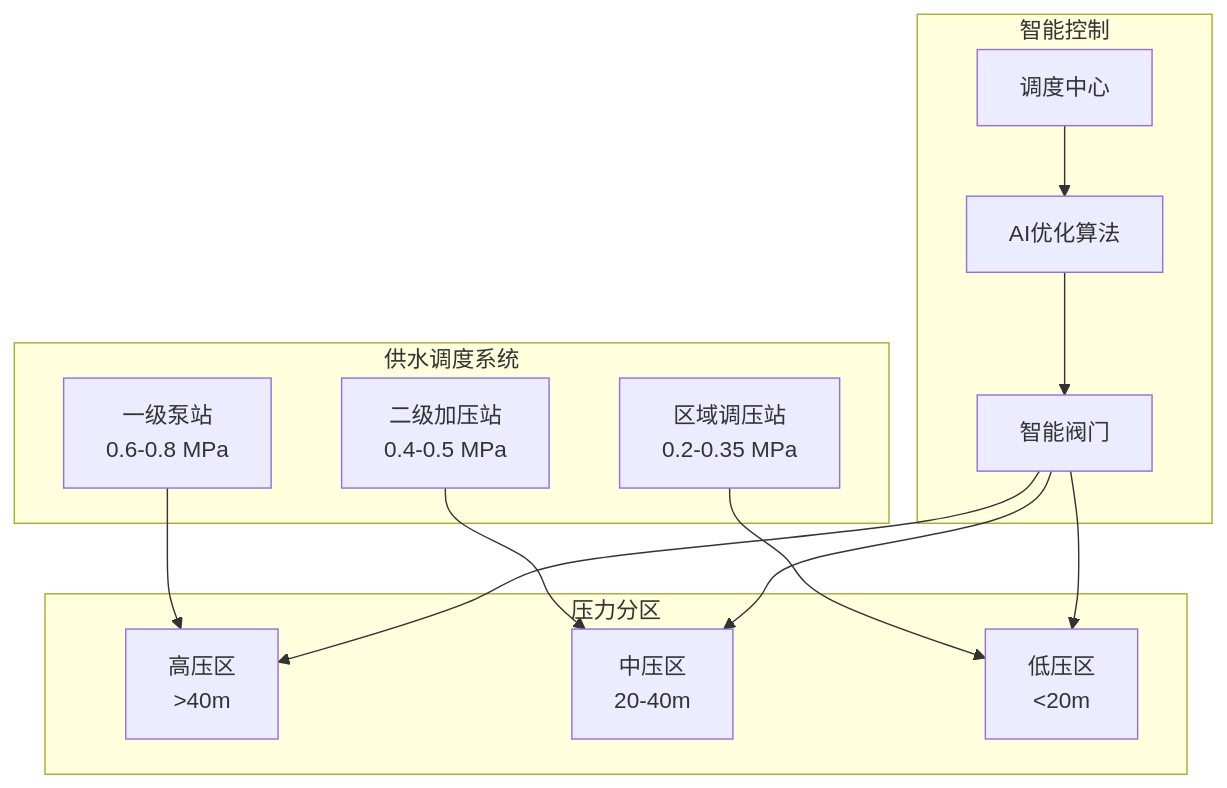
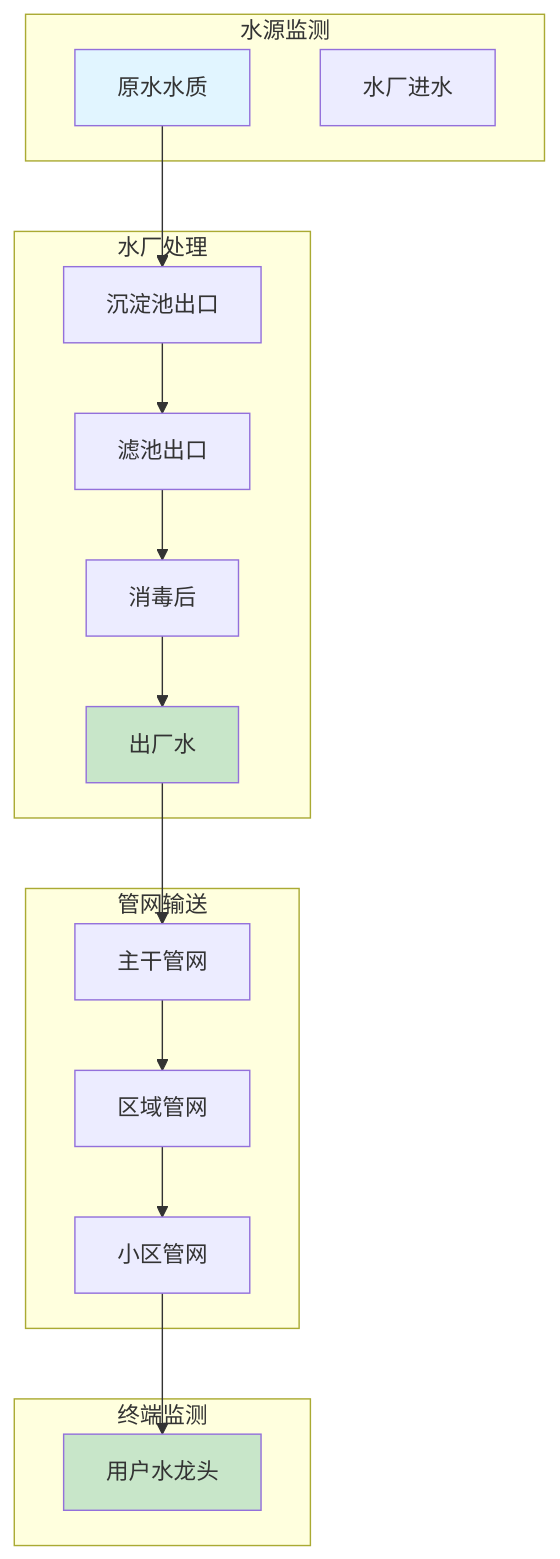
The sixth of 6 diagrams in Flink-IoT-Authority-Alignment/Phase-13-Water-Management/case-smart-water-complete.md (AdaMartin18010/AnalysisDataFlow), drawn with Mermaid before and after one commit. The commit also changed other lines of this file and 8 other files, not shown here.

````diff
--- a/Flink-IoT-Authority-Alignment/Phase-13-Water-Management/case-smart-water-complete.md
+++ b/Flink-IoT-Authority-Alignment/Phase-13-Water-Management/case-smart-water-complete.md
@@ -1073,30 +2528,31 @@
 ```mermaid
-graph TB
-    subgraph Supply["供水调度系统"]
-        P1[一级泵站<br/>0.6-0.8 MPa]
-        P2[二级加压站<br/>0.4-0.5 MPa]
-        P3[区域调压站<br/>0.2-0.35 MPa]
+flowchart TD
+    subgraph Source["水源监测"]
+        S1[原水水质]
+        S2[水厂进水]
     end
-
-    subgraph Zones["压力分区"]
-        H[高压区<br/>>40m]
-        M[中压区<br/>20-40m]
-        L[低压区<br/><20m]
+    
+    subgraph Treatment["水厂处理"]
+        T1[沉淀池出口]
+        T2[滤池出口]
+        T3[消毒后]
+        T4[出厂水]
     end
-
-    subgraph Control["智能控制"]
-        SC[调度中心]
-        AI[AI优化算法]
-        VAL[智能阀门]
+    
+    subgraph Network["管网输送"]
+        N1[主干管网]
+        N2[区域管网]
+        N3[小区管网]
     end
-
-    P1 --> H
-    P2 --> M
-    P3 --> L
-
-    SC --> AI
-    AI --> VAL
-    VAL --> H
-    VAL --> M
-    VAL --> L
+    
+    subgraph Terminal["终端监测"]
+        E1[用户水龙头]
+    end
+    
+    S1 --> T1 --> T2 --> T3 --> T4
+    T4 --> N1 --> N2 --> N3 --> E1
+    
+    style S1 fill:#e1f5ff
+    style T4 fill:#c8e6c9
+    style E1 fill:#c8e6c9
 ```
````
